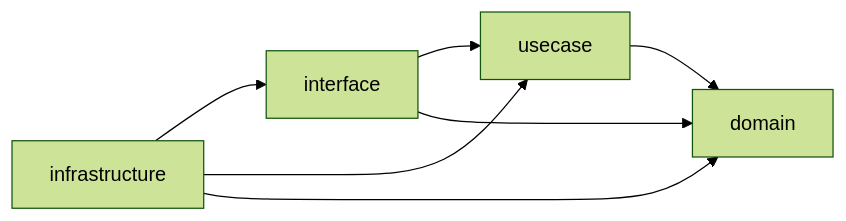
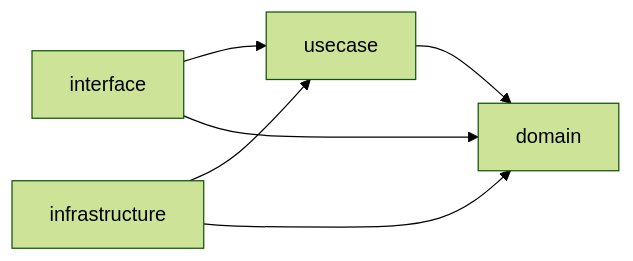
The diagram in articles/7d2428cbcd258d.md (135yshr/documents), drawn with Mermaid (forest theme) before and after one commit. The commit also changed 9 other files, not shown here.

````diff
--- a/articles/7d2428cbcd258d.md
+++ b/articles/7d2428cbcd258d.md
@@ -39,9 +39,8 @@
 ```mermaid
 graph LR
-    infrastructure --> interface
     interface --> usecase
     usecase --> domain
     infrastructure --> usecase
     infrastructure --> domain
     interface --> domain
 ```
````
